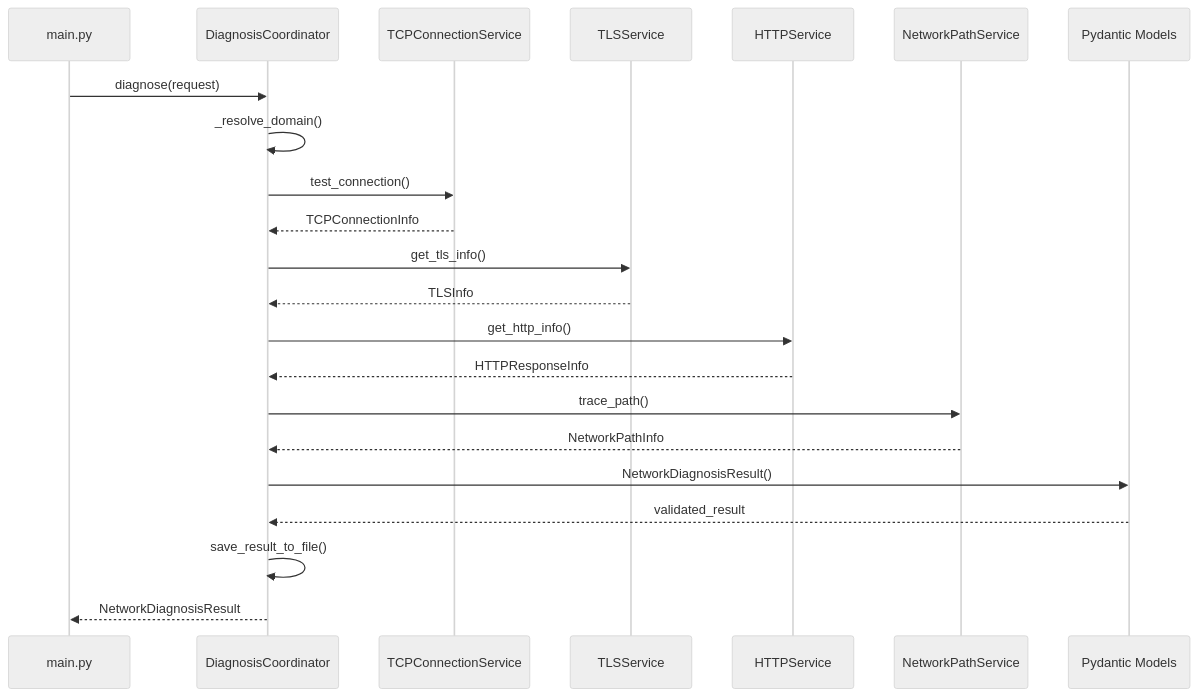
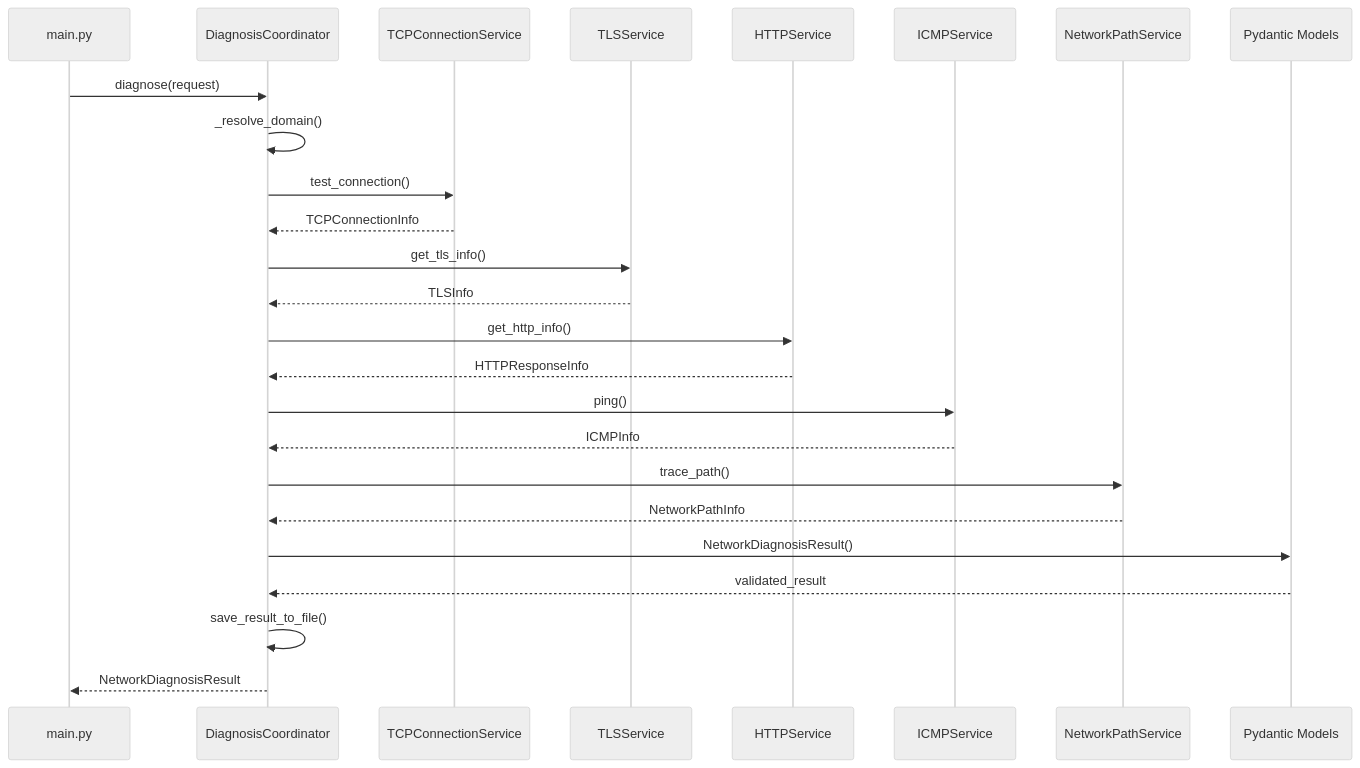
Before and after one commit to Matthewyin/probing: the third of 12 diagrams in network-diagnosis/doc/ARCHITECTURE.md, drawn with Mermaid (neutral theme). The commit also changed other lines of this file and 9 other files, not shown here.

````diff
--- a/network-diagnosis/doc/ARCHITECTURE.md
+++ b/network-diagnosis/doc/ARCHITECTURE.md
@@ -308,31 +339,35 @@
 ```mermaid
 sequenceDiagram
     participant Main as main.py
     participant Coord as DiagnosisCoordinator
     participant TCP as TCPConnectionService
     participant TLS as TLSService
     participant HTTP as HTTPService
+    participant ICMP as ICMPService
     participant Path as NetworkPathService
     participant Models as Pydantic Models
 
     Main->>Coord: diagnose(request)
     Coord->>Coord: _resolve_domain()
 
     Coord->>TCP: test_connection()
     TCP-->>Coord: TCPConnectionInfo
 
     Coord->>TLS: get_tls_info()
     TLS-->>Coord: TLSInfo
 
     Coord->>HTTP: get_http_info()
     HTTP-->>Coord: HTTPResponseInfo
 
+    Coord->>ICMP: ping()
+    ICMP-->>Coord: ICMPInfo
+
     Coord->>Path: trace_path()
     Path-->>Coord: NetworkPathInfo
 
     Coord->>Models: NetworkDiagnosisResult()
     Models-->>Coord: validated_result
 
     Coord->>Coord: save_result_to_file()
     Coord-->>Main: NetworkDiagnosisResult
 ```
````
